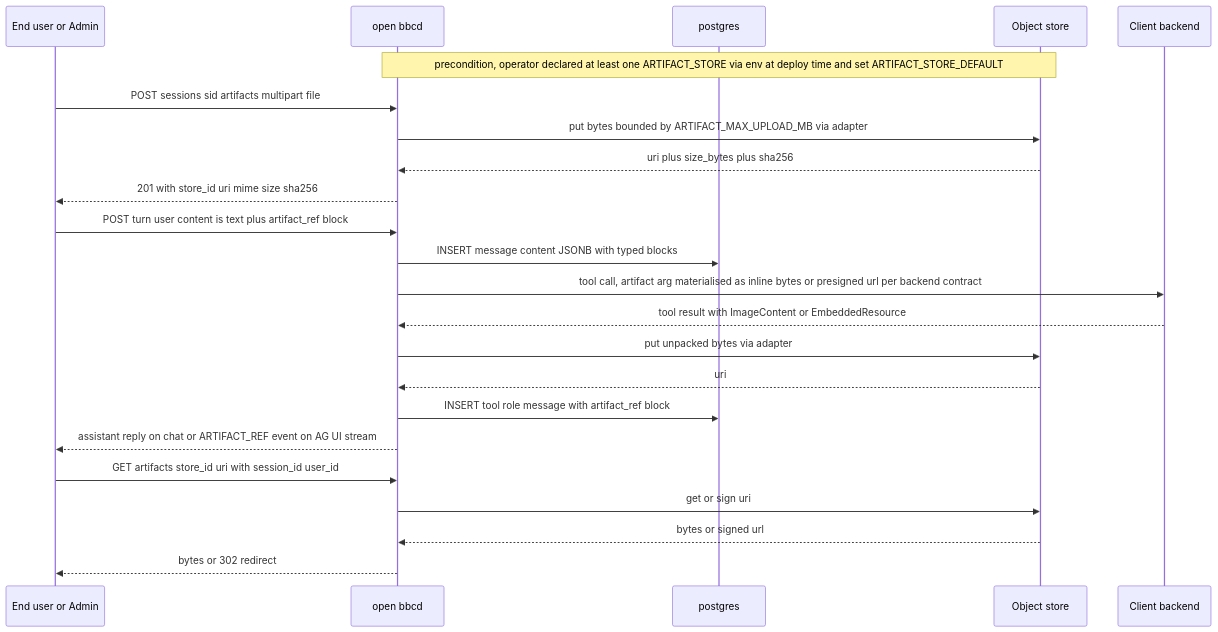
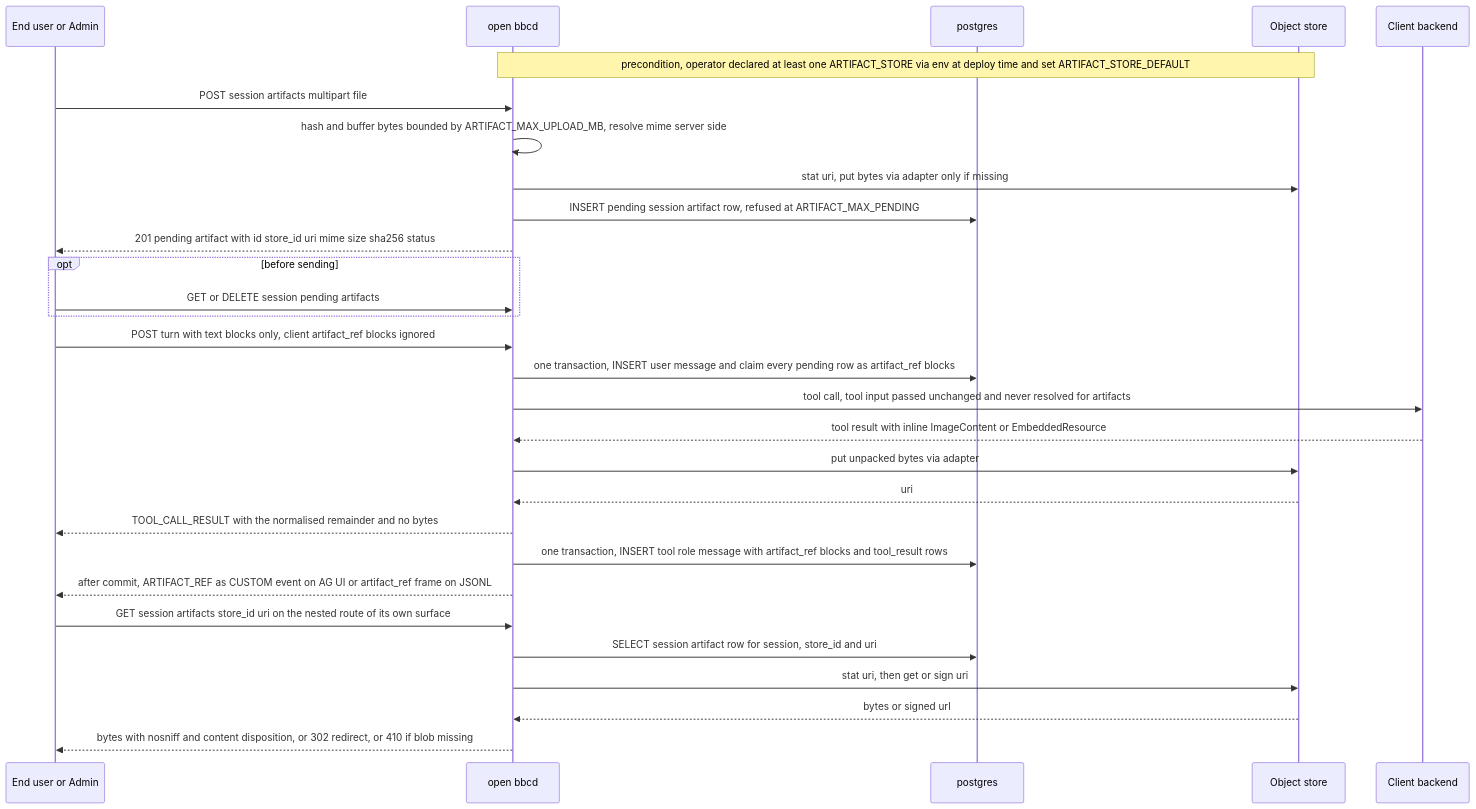
One commit to DACdigital/openbbc-docs changed the fifth of 7 diagrams in docs/architecture/current/c4/data-flows.md. Above: the diagram before and after it, drawn with Mermaid. The commit also changed other lines of this file and 21 other files, not shown here.

````diff
--- a/docs/architecture/current/c4/data-flows.md
+++ b/docs/architecture/current/c4/data-flows.md
@@ -130,28 +130,34 @@
 ```mermaid
 sequenceDiagram
     participant User as End user or Admin
     participant OBBCD as open bbcd
     participant DB as postgres
     participant STORE as Object store
     participant BE as Client backend
 
     Note over OBBCD, STORE: precondition, operator declared at least one ARTIFACT_STORE via env at deploy time and set ARTIFACT_STORE_DEFAULT
-    User->>OBBCD: POST sessions sid artifacts multipart file
-    OBBCD->>STORE: put bytes bounded by ARTIFACT_MAX_UPLOAD_MB via adapter
-    STORE-->>OBBCD: uri plus size_bytes plus sha256
-    OBBCD-->>User: 201 with store_id uri mime size sha256
+    User->>OBBCD: POST session artifacts multipart file
+    OBBCD->>OBBCD: hash and buffer bytes bounded by ARTIFACT_MAX_UPLOAD_MB, resolve mime server side
+    OBBCD->>STORE: stat uri, put bytes via adapter only if missing
+    OBBCD->>DB: INSERT pending session artifact row, refused at ARTIFACT_MAX_PENDING
+    OBBCD-->>User: 201 pending artifact with id store_id uri mime size sha256 status
+    opt before sending
+        User->>OBBCD: GET or DELETE session pending artifacts
+    end
 
-    User->>OBBCD: POST turn user content is text plus artifact_ref block
-    OBBCD->>DB: INSERT message content JSONB with typed blocks
-    OBBCD->>BE: tool call, artifact arg materialised as inline bytes or presigned url per backend contract
-    BE-->>OBBCD: tool result with ImageContent or EmbeddedResource
+    User->>OBBCD: POST turn with text blocks only, client artifact_ref blocks ignored
+    OBBCD->>DB: one transaction, INSERT user message and claim every pending row as artifact_ref blocks
+    OBBCD->>BE: tool call, tool input passed unchanged and never resolved for artifacts
+    BE-->>OBBCD: tool result with inline ImageContent or EmbeddedResource
     OBBCD->>STORE: put unpacked bytes via adapter
     STORE-->>OBBCD: uri
-    OBBCD->>DB: INSERT tool role message with artifact_ref block
+    OBBCD-->>User: TOOL_CALL_RESULT with the normalised remainder and no bytes
+    OBBCD->>DB: one transaction, INSERT tool role message with artifact_ref blocks and tool_result rows
+    OBBCD-->>User: after commit, ARTIFACT_REF as CUSTOM event on AG UI or artifact_ref frame on JSONL
 
-    OBBCD-->>User: assistant reply on chat or ARTIFACT_REF event on AG UI stream
-    User->>OBBCD: GET artifacts store_id uri with session_id user_id
-    OBBCD->>STORE: get or sign uri
+    User->>OBBCD: GET session artifacts store_id uri on the nested route of its own surface
+    OBBCD->>DB: SELECT session artifact row for session, store_id and uri
+    OBBCD->>STORE: stat uri, then get or sign uri
     STORE-->>OBBCD: bytes or signed url
-    OBBCD-->>User: bytes or 302 redirect
+    OBBCD-->>User: bytes with nosniff and content disposition, or 302 redirect, or 410 if blob missing
 ```
````
